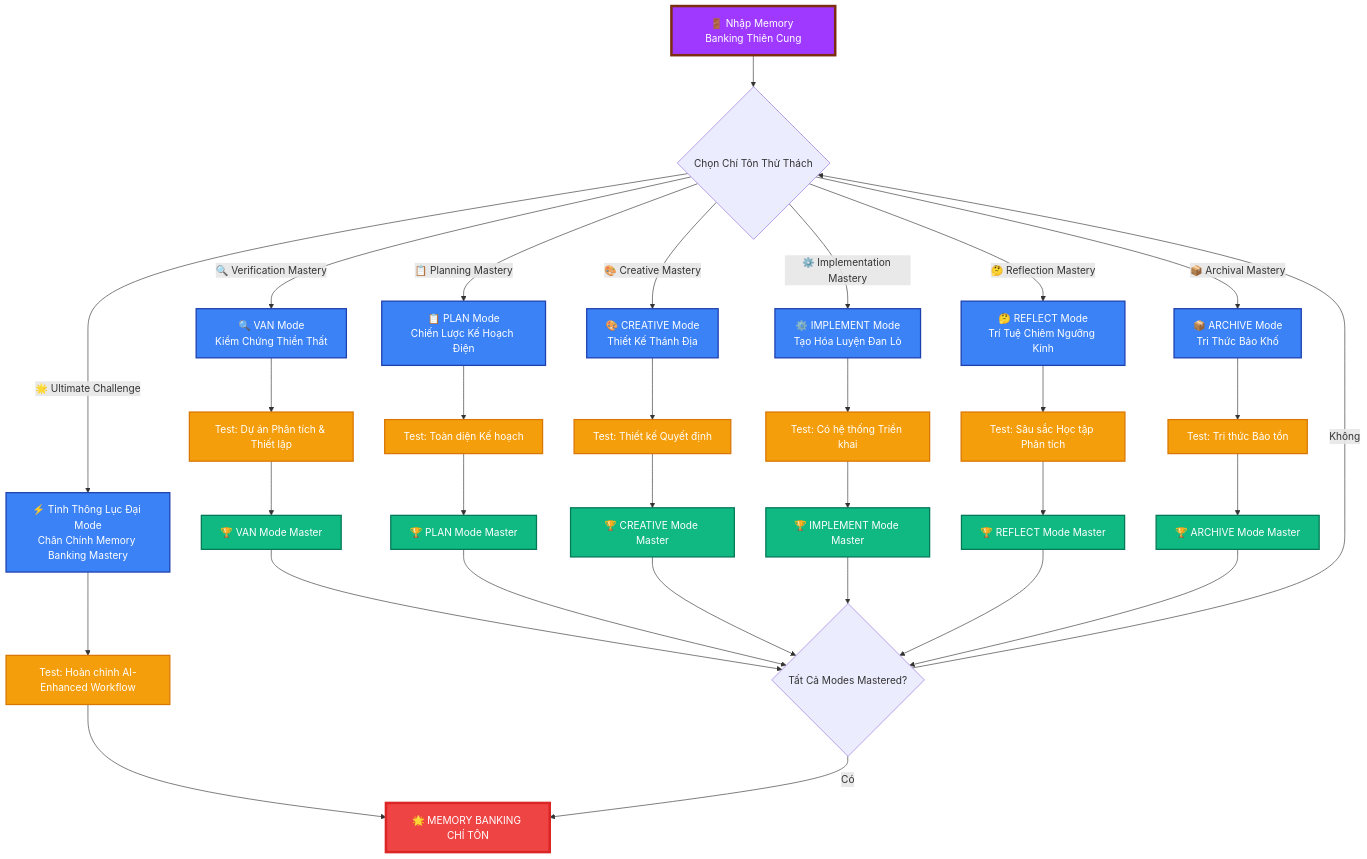
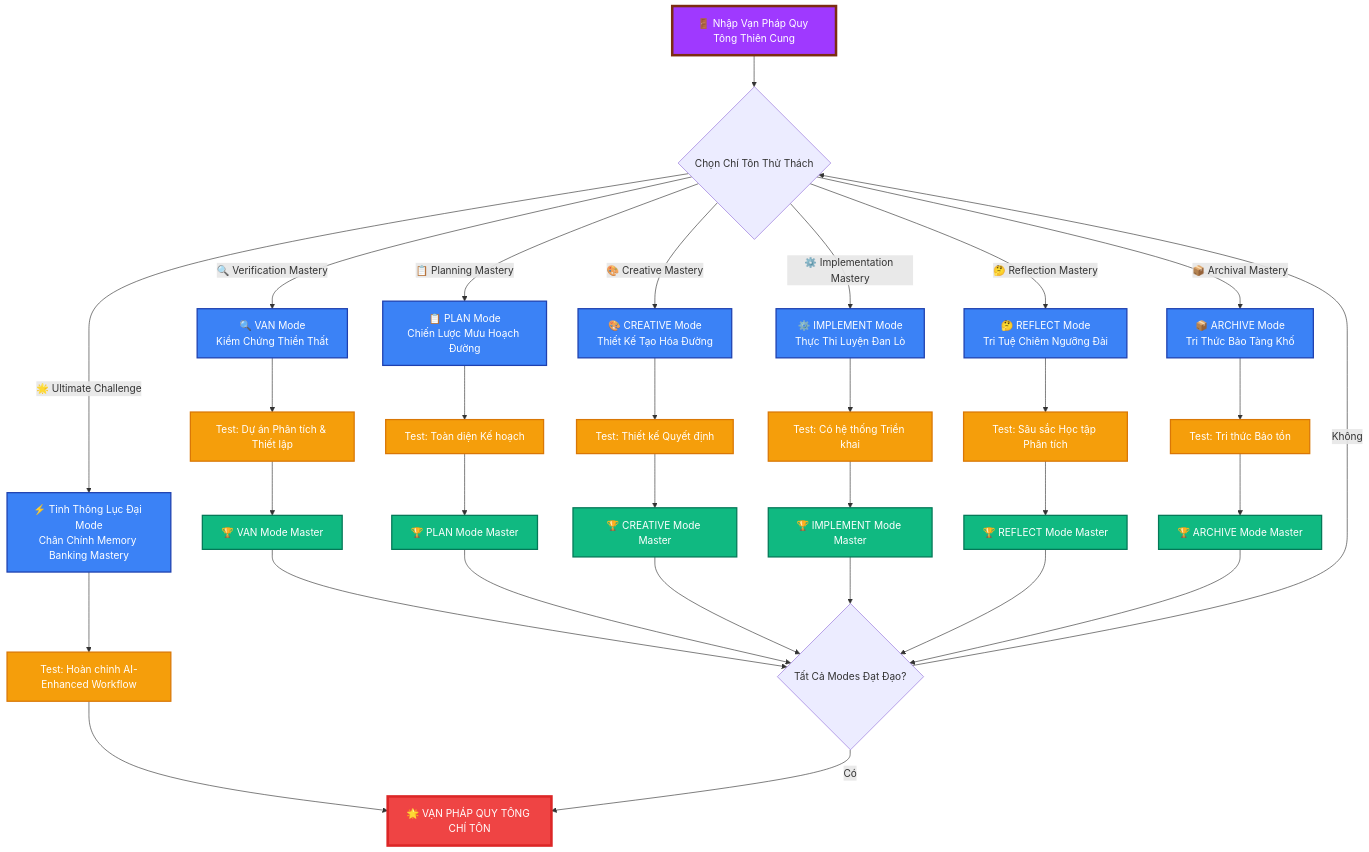
Before and after one commit to giang6283623/cursor-tip: the seventh of 8 diagrams in README-TUTIEN.md, drawn with Mermaid. The commit also changed other lines of this file and 7 other files, not shown here.

````diff
--- a/README-TUTIEN.md
+++ b/README-TUTIEN.md
@@ -510,49 +510,49 @@
 ```mermaid
 graph TD
-    Enter[🚪 Nhập Memory Banking Thiên Cung] --> UltimateChallenge{Chọn Chí Tôn Thử Thách}
+    Enter[🚪 Nhập Vạn Pháp Quy Tông Thiên Cung] --> UltimateChallenge{Chọn Chí Tôn Thử Thách}
 
     UltimateChallenge -->|"🔍 Verification Mastery"| VAN[🔍 VAN Mode<br/>Kiểm Chứng Thiền Thất]
-    UltimateChallenge -->|"📋 Planning Mastery"| PLAN[📋 PLAN Mode<br/>Chiến Lược Kế Hoạch Điện]
-    UltimateChallenge -->|"🎨 Creative Mastery"| CREATIVE[🎨 CREATIVE Mode<br/>Thiết Kế Thánh Địa]
-    UltimateChallenge -->|"⚙️ Implementation Mastery"| IMPLEMENT[⚙️ IMPLEMENT Mode<br/>Tạo Hóa Luyện Đan Lò]
-    UltimateChallenge -->|"🤔 Reflection Mastery"| REFLECT[🤔 REFLECT Mode<br/>Trí Tuệ Chiêm Ngưỡng Kính]
-    UltimateChallenge -->|"📦 Archival Mastery"| ARCHIVE[📦 ARCHIVE Mode<br/>Tri Thức Bảo Khố]
+    UltimateChallenge -->|"📋 Planning Mastery"| PLAN[📋 PLAN Mode<br/>Chiến Lược Mưu Hoạch Đường]
+    UltimateChallenge -->|"🎨 Creative Mastery"| CREATIVE[🎨 CREATIVE Mode<br/>Thiết Kế Tạo Hóa Đường]
+    UltimateChallenge -->|"⚙️ Implementation Mastery"| IMPLEMENT[⚙️ IMPLEMENT Mode<br/>Thực Thi Luyện Đan Lò]
+    UltimateChallenge -->|"🤔 Reflection Mastery"| REFLECT[🤔 REFLECT Mode<br/>Tri Tuệ Chiêm Ngưỡng Đài]
+    UltimateChallenge -->|"📦 Archival Mastery"| ARCHIVE[📦 ARCHIVE Mode<br/>Tri Thức Bảo Tàng Khố]
     UltimateChallenge -->|"🌟 Ultimate Challenge"| AllSix[⚡ Tinh Thông Lục Đại Mode<br/>Chân Chính Memory Banking Mastery]
 
     VAN --> VanTest[Test: Dự án Phân tích & Thiết lập]
     PLAN --> PlanTest[Test: Toàn diện Kế hoạch]
     CREATIVE --> CreativeTest[Test: Thiết kế Quyết định]
     IMPLEMENT --> ImplTest[Test: Có hệ thống Triển khai]
     REFLECT --> ReflectTest[Test: Sâu sắc Học tập Phân tích]
     ARCHIVE --> ArchiveTest[Test: Tri thức Bảo tồn]
     AllSix --> UltimateTest[Test: Hoàn chỉnh AI-Enhanced Workflow]
 
     VanTest --> VanMastery[🏆 VAN Mode Master]
     PlanTest --> PlanMastery[🏆 PLAN Mode Master]
     CreativeTest --> CreativeMastery[🏆 CREATIVE Mode Master]
     ImplTest --> ImplMastery[🏆 IMPLEMENT Mode Master]
     ReflectTest --> ReflectMastery[🏆 REFLECT Mode Master]
     ArchiveTest --> ArchiveMastery[🏆 ARCHIVE Mode Master]
-    UltimateTest --> MemoryBankMaster[🌟 MEMORY BANKING CHÍ TÔN]
+    UltimateTest --> MemoryBankMaster[🌟 VẠN PHÁP QUY TÔNG CHÍ TÔN]
 
-    VanMastery --> CheckProgress{Tất Cả Modes Mastered?}
+    VanMastery --> CheckProgress{Tất Cả Modes Đạt Đạo?}
     PlanMastery --> CheckProgress
     CreativeMastery --> CheckProgress
     ImplMastery --> CheckProgress
     ReflectMastery --> CheckProgress
     ArchiveMastery --> CheckProgress
     CheckProgress -->|"Có"| MemoryBankMaster
     CheckProgress -->|"Không"| UltimateChallenge
 
     classDef ultimate fill:#9f39ff,stroke:#7c2d12,stroke-width:4px,color:#fff
     classDef challenge fill:#3b82f6,stroke:#1e40af,stroke-width:2px,color:#fff
     classDef test fill:#f59e0b,stroke:#d97706,stroke-width:2px,color:#fff
     classDef mastery fill:#10b981,stroke:#047857,stroke-width:2px,color:#fff
     classDef finalmaster fill:#ef4444,stroke:#dc2626,stroke-width:4px,color:#fff
 
     class Enter,MemoryBankMaster ultimate
     class VAN,PLAN,CREATIVE,IMPLEMENT,REFLECT,ARCHIVE,AllSix challenge
     class VanTest,PlanTest,CreativeTest,ImplTest,ReflectTest,ArchiveTest,UltimateTest test
     class VanMastery,PlanMastery,CreativeMastery,ImplMastery,ReflectMastery,ArchiveMastery mastery
     class MemoryBankMaster finalmaster
 ```
````
